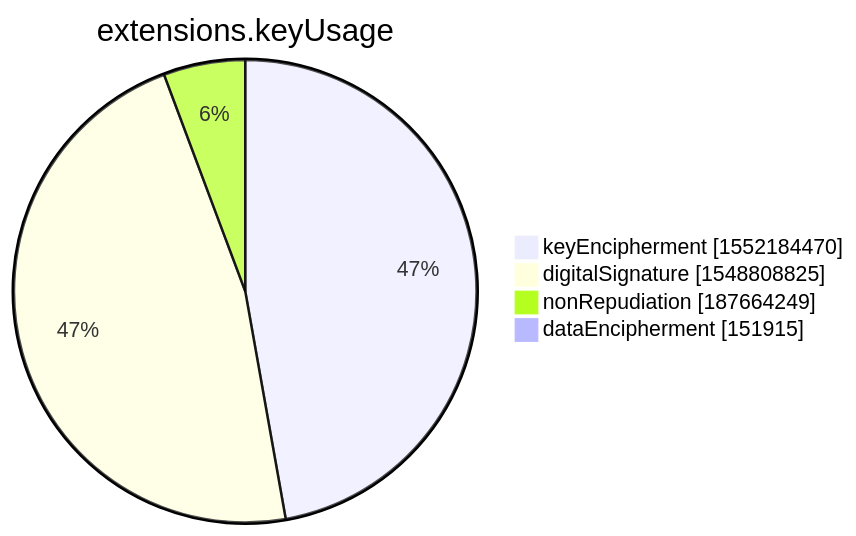
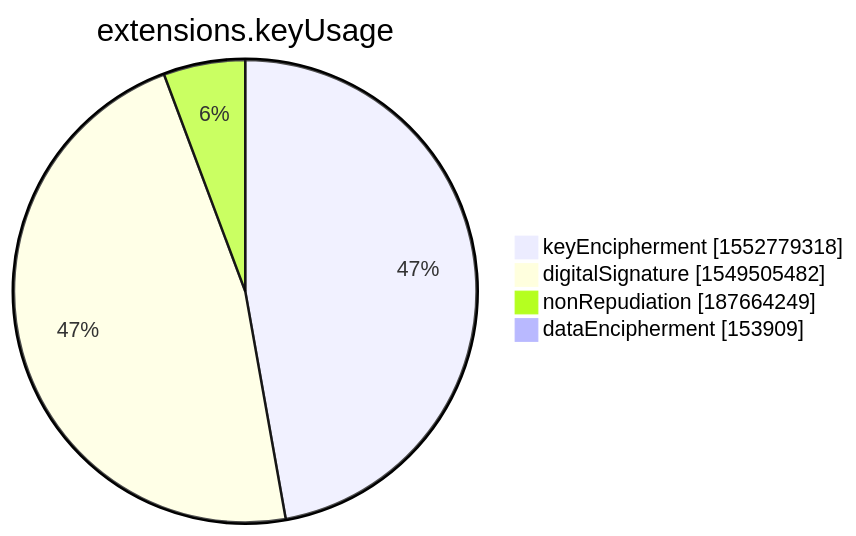
Before and after one commit to christiankrug/ctmonitor_visualization: the seventh of 15 diagrams in xenon2022/README.md, drawn with Mermaid. The commit also changed other lines of this file, not shown here.

````diff
--- a/xenon2022/README.md
+++ b/xenon2022/README.md
@@ -2852,8 +2852,8 @@
 ```mermaid
 pie showData
 title extensions.keyUsage
-"keyEncipherment" :1552184470
-"digitalSignature" :1548808825
+"keyEncipherment" :1552779318
+"digitalSignature" :1549505482
 "nonRepudiation" :187664249
-"dataEncipherment" :151915
+"dataEncipherment" :153909
 ```
````
